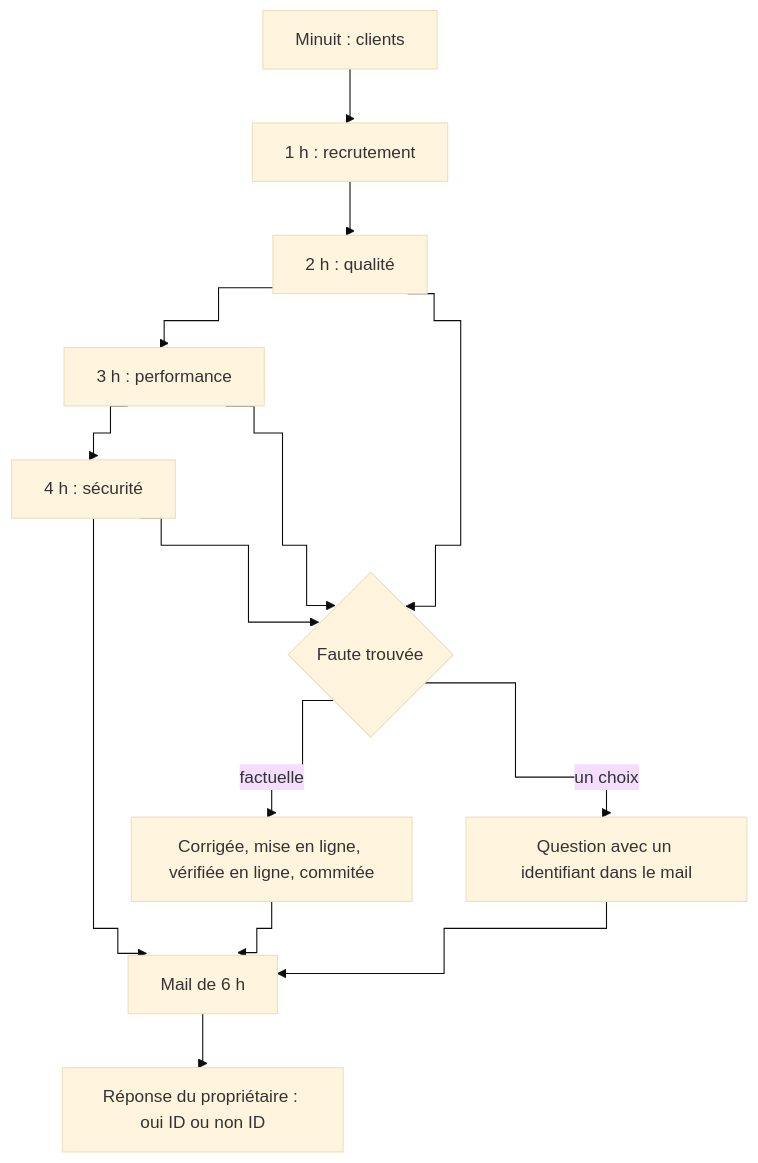
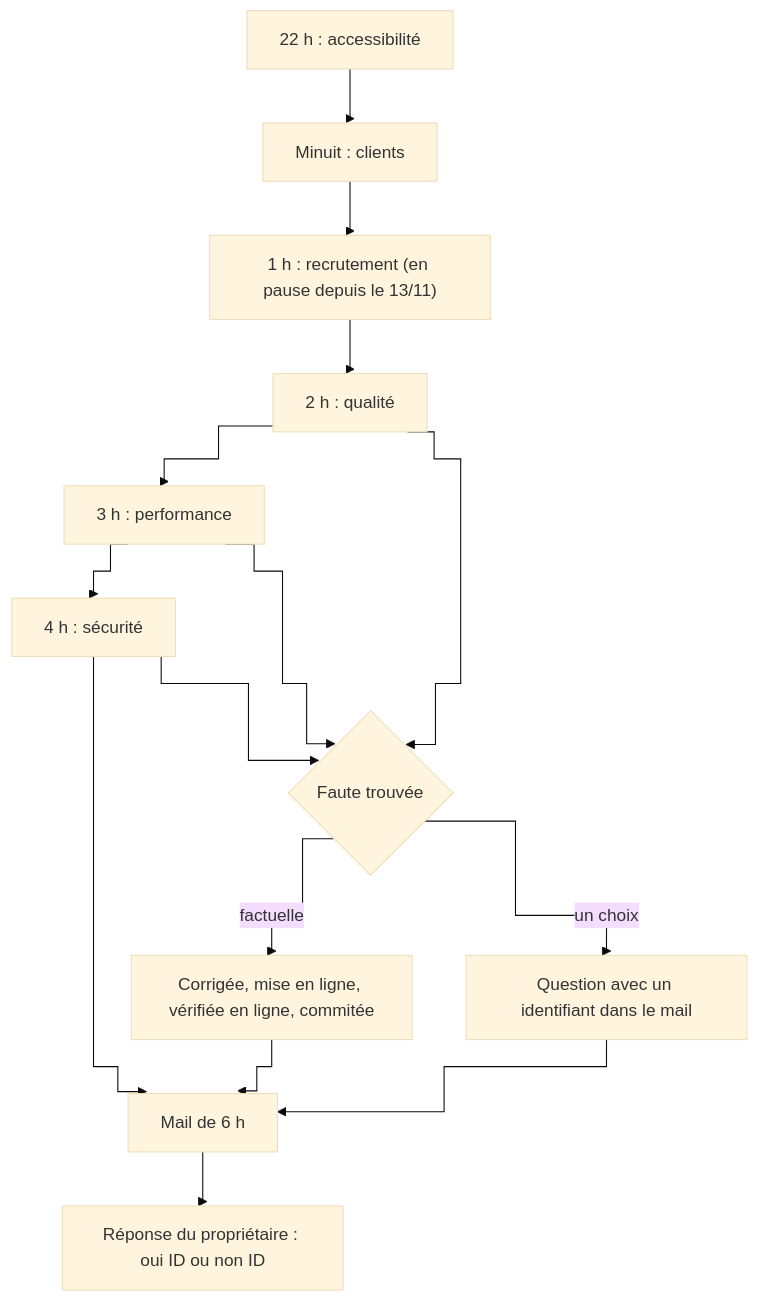
Before and after one commit to anthohunt/agent-site-night-shift: the second of 2 diagrams in README.md, drawn with Mermaid (base theme). The commit also changed other lines of this file, not shown here.

First line of the commit message:
README : six agents (accessibilité comprise), recrutement en pause depuis le 13/11, nuit de 22 h à 5 h

````diff
--- a/README.md
+++ b/README.md
@@ -94,17 +95,18 @@
 ```mermaid
 %%{init: {"flowchart": {"curve": "step"}}}%%
 flowchart TD
-    A["Minuit : clients"] --> B["1 h : recrutement"]
+    Z["22 h : accessibilité"] --> A["Minuit : clients"]
+    A --> B["1 h : recrutement (en pause depuis le 13/11)"]
     B --> C["2 h : qualité"]
     C --> D["3 h : performance"]
     D --> E["4 h : sécurité"]
     E --> F["Mail de 6 h"]
     C --> G{"Faute trouvée"}
     D --> G
     E --> G
     G -->|"factuelle"| H["Corrigée, mise en ligne, vérifiée en ligne, commitée"]
     G -->|"un choix"| I["Question avec un identifiant dans le mail"]
     H --> F
     I --> F
     F --> J["Réponse du propriétaire : oui ID ou non ID"]
 ```
````
